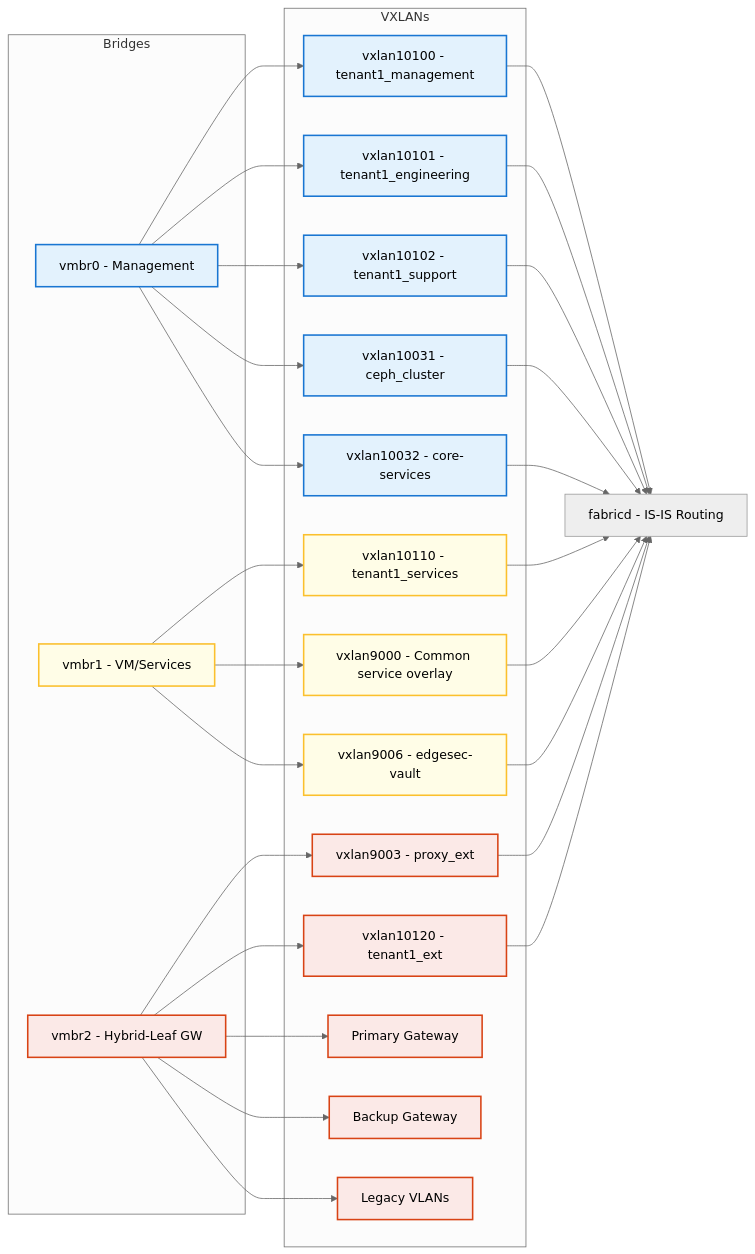
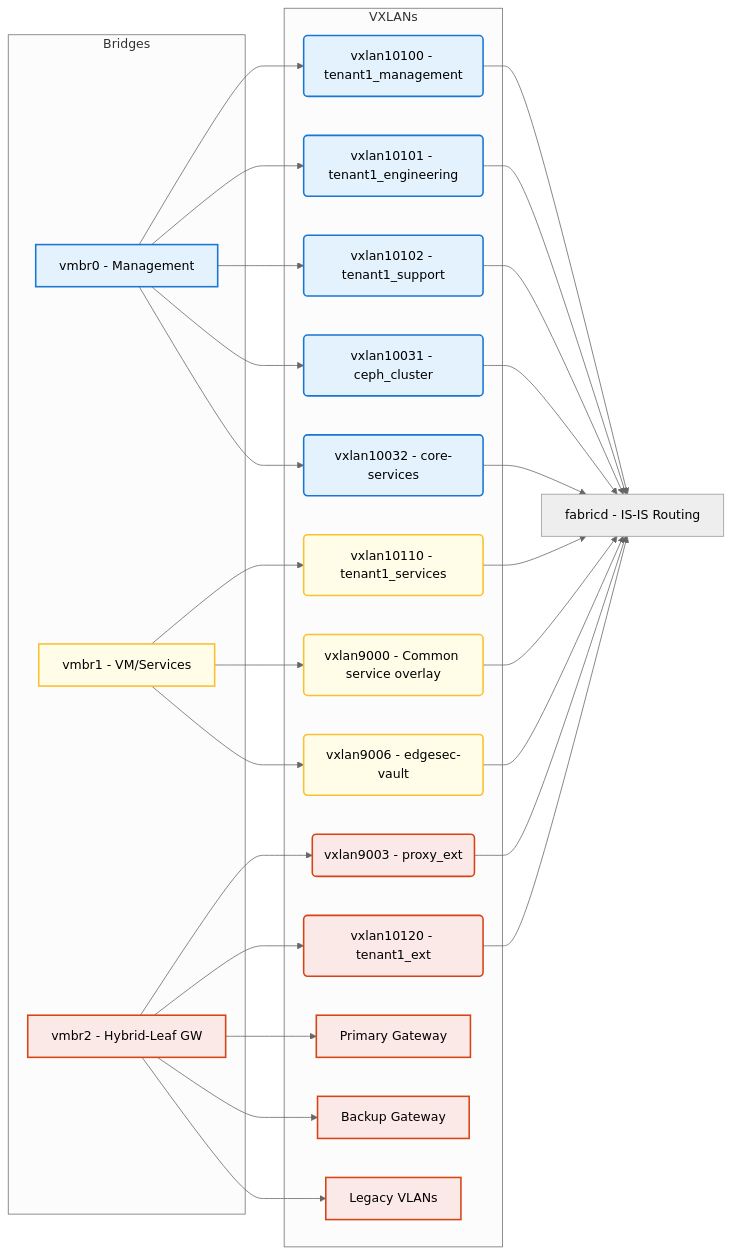
The first of 4 diagrams in README.md (CEP-Comwell/proxmox_addons), drawn with Mermaid (neutral theme) before and after one commit. The commit also changed other lines of this file, not shown here.

Commit message:
test VXLAN rounded rect

````diff
--- a/README.md
+++ b/README.md
@@ -20,55 +20,55 @@
 ```mermaid
 graph LR
 subgraph Bridges
 	MgmtBridge[vmbr0 - Management]
 	VMBridge[vmbr1 - VM/Services]
 	ExtBridge[vmbr2 - Hybrid-Leaf GW]
 end
 subgraph VXLANs
-	VX10100[vxlan10100 - tenant1_management]
-	VX10101[vxlan10101 - tenant1_engineering]
-	VX10102[vxlan10102 - tenant1_support]
-	VXCEPH2[vxlan10031 - ceph_cluster]
-	VX10032[vxlan10032 - core-services]
-	VX10110[vxlan10110 - tenant1_services]
-	VX9000[vxlan9000 - Common service overlay]
-	VX9006[vxlan9006 - edgesec-vault]
-	VX9003[vxlan9003 - proxy_ext]
-	VX10120[vxlan10120 - tenant1_ext]
+	VX10100(vxlan10100 - tenant1_management)
+	VX10101(vxlan10101 - tenant1_engineering)
+	VX10102(vxlan10102 - tenant1_support)
+	VXCEPH2(vxlan10031 - ceph_cluster)
+	VX10032(vxlan10032 - core-services)
+	VX10110(vxlan10110 - tenant1_services)
+	VX9000(vxlan9000 - Common service overlay)
+	VX9006(vxlan9006 - edgesec-vault)
+	VX9003(vxlan9003 - proxy_ext)
+	VX10120(vxlan10120 - tenant1_ext)
 	Gateway1[Primary Gateway]
 	Gateway2[Backup Gateway]
 	LegacyVLAN[Legacy VLANs]
 end
 Fabricd[fabricd - IS-IS Routing]
 MgmtBridge --> VX10100
 MgmtBridge --> VX10101
 MgmtBridge --> VX10102
 MgmtBridge --> VXCEPH2
 MgmtBridge --> VX10032
 VMBridge --> VX10110
 VMBridge --> VX9000
 VMBridge --> VX9006
 ExtBridge --> VX9003
 ExtBridge --> VX10120
 ExtBridge --> Gateway1
 ExtBridge --> Gateway2
 ExtBridge --> LegacyVLAN
 VX10100 --> Fabricd
 VX10101 --> Fabricd
 VX10102 --> Fabricd
 VX10110 --> Fabricd
 VX9000 --> Fabricd
 VX9006 --> Fabricd
 VX9003 --> Fabricd
 VX10120 --> Fabricd
 VXCEPH2 --> Fabricd
 VX10032 --> Fabricd
 
 %% Color coding
 classDef mgmt fill:#e3f2fd,stroke:#1976d2,stroke-width:2px;
 classDef vm fill:#fffde7,stroke:#fbc02d,stroke-width:2px;
 classDef ext fill:#fbe9e7,stroke:#d84315,stroke-width:2px;
 class MgmtBridge,VX10100,VX10101,VX10102,VXCEPH2,VX10032 mgmt;
 class VMBridge,VX10110,VX9000,VX9006 vm;
 class ExtBridge,Gateway1,Gateway2,LegacyVLAN,VX9003,VX10120 ext;
 ```
````
